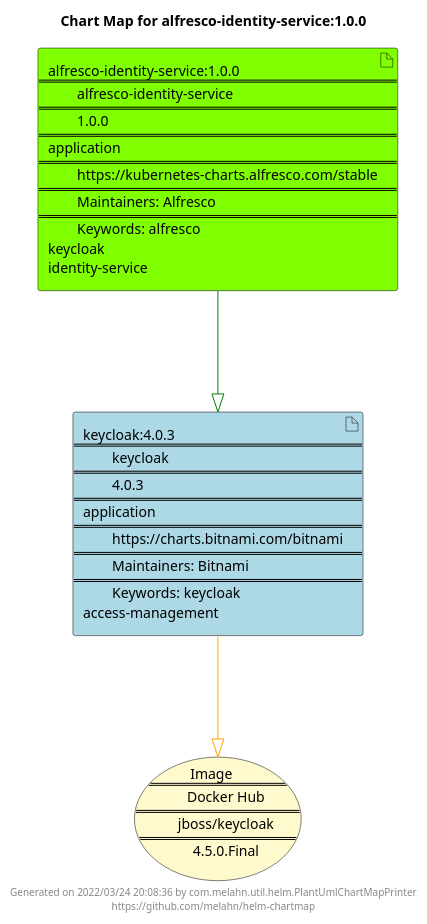
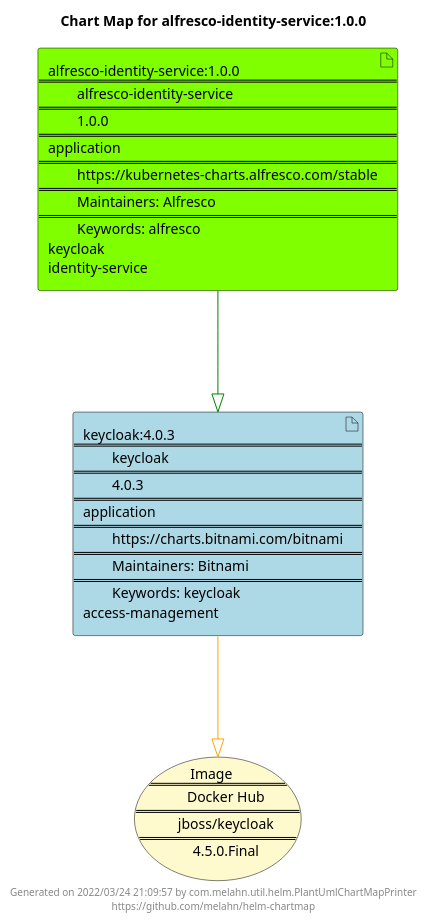
The diagram in docs/alfresco-identity-service/alfresco-identity-service-1.0.0.puml (melahn/helm-chartmap), drawn with PlantUML before and after one commit. The commit also changed 52 other files, not shown here.

Commit message:
Update Example Chart Maps as part of GitHub build

```diff
--- a/docs/alfresco-identity-service/alfresco-identity-service-1.0.0.puml
+++ b/docs/alfresco-identity-service/alfresco-identity-service-1.0.0.puml
@@ -1,23 +1,23 @@
 @startuml
 skinparam linetype ortho
 skinparam backgroundColor white
 skinparam usecaseBorderColor black
 skinparam usecaseArrowColor LightSlateGray
 skinparam artifactBorderColor black
 skinparam artifactArrowColor LightSlateGray
 
 title Chart Map for alfresco-identity-service:1.0.0
 
 'There are 2 referenced Helm Charts
 artifact "keycloak:4.0.3\n====\n\tkeycloak\n====\n\t4.0.3\n====\napplication\n====\n\thttps://charts.bitnami.com/bitnami\n====\n\tMaintainers: Bitnami\n====\n\tKeywords: keycloak\naccess-management" as keycloak_4_0_3 #LightBlue
 artifact "alfresco-identity-service:1.0.0\n====\n\talfresco-identity-service\n====\n\t1.0.0\n====\napplication\n====\n\thttps://kubernetes-charts.alfresco.com/stable\n====\n\tMaintainers: Alfresco\n====\n\tKeywords: alfresco\nkeycloak\nidentity-service" as alfresco_identity_service_1_0_0 #Chartreuse
 
 'There is one referenced Docker Image
 usecase "Image\n====\n\tDocker Hub\n====\n\tjboss/keycloak\n====\n\t4.5.0.Final" as jboss_keycloak_4_5_0_Final #LemonChiffon
 
 'Chart Dependencies
 alfresco_identity_service_1_0_0--[#green]-|>keycloak_4_0_3
 keycloak_4_0_3--[#orange]-|>jboss_keycloak_4_5_0_Final
 
-center footer Generated on 2022/03/24 20:08:36 by com.melahn.util.helm.PlantUmlChartMapPrinter\nhttps://github.com/melahn/helm-chartmap
+center footer Generated on 2022/03/24 21:09:57 by com.melahn.util.helm.PlantUmlChartMapPrinter\nhttps://github.com/melahn/helm-chartmap
 @enduml
```
